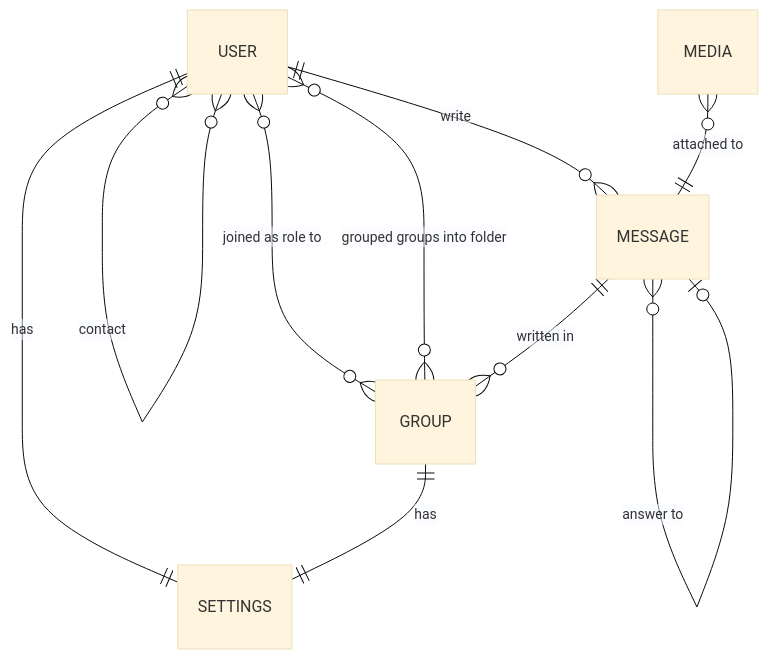
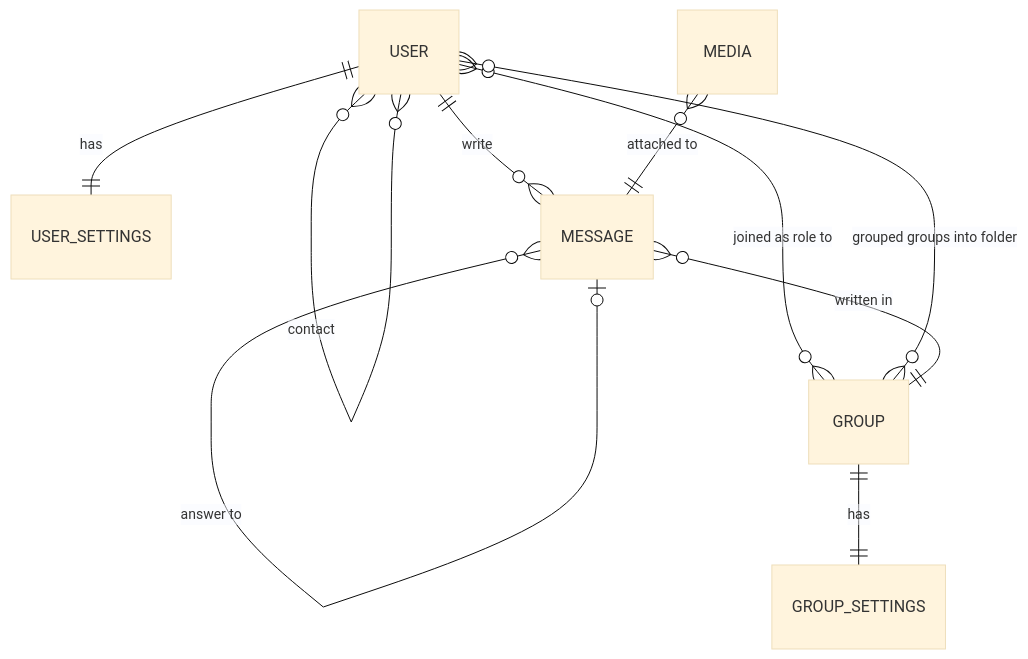
The diagram in Models.md (dev-KPI/messenger-backend), drawn with Mermaid (base theme) before and after one commit. The commit also changed other lines of this file, not shown here.

````diff
--- a/Models.md
+++ b/Models.md
@@ -3,12 +3,12 @@
 ```mermaid
 erDiagram
 USER }o--o{ USER : contact
-USER ||--|| SETTINGS : has
-GROUP ||--|| SETTINGS : has
+USER ||--|| USER_SETTINGS : has
+GROUP ||--|| GROUP_SETTINGS : has
 USER ||--o{ MESSAGE : write
 MESSAGE }o--o| MESSAGE : "answer to"
 USER }o--o{ GROUP : "joined as role to"
 USER }o--o{ GROUP : "grouped groups into folder"
-MESSAGE ||--o{ GROUP : "written in"
+MESSAGE }o--|| GROUP : "written in"
 MEDIA }o--|| MESSAGE : "attached to"
 ```
````
